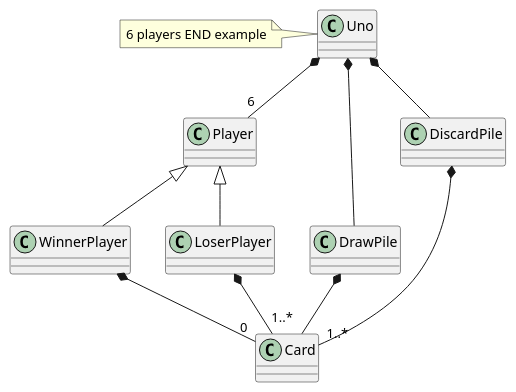
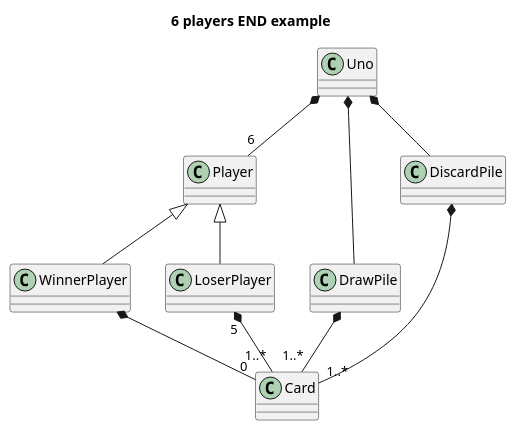
One commit to x-USantaTecla-game-uno/requirements changed the diagram in UNO-DomainModel-Simple-End.puml. Above: the diagram before and after it, drawn with PlantUML. The commit also changed 14 other files, not shown here.

```diff
--- a/UNO-DomainModel-Simple-End.puml
+++ b/UNO-DomainModel-Simple-End.puml
@@ -1,16 +1,17 @@
 @startuml
+
+title 6 players END example
 
 Uno *-- DrawPile
 Uno *-- DiscardPile
 Uno *-- "6" Player
 
-note left of Uno : 6 players END example
+WinnerPlayer -u-|> Player
+WinnerPlayer  *-- "0" Card
+LoserPlayer -u-|> Player
+LoserPlayer "5" *-- "1..*" Card
 
-WinnerPlayer -u-|> Player
-WinnerPlayer *-- "0" Card
-LoserPlayer -u-|> Player
-LoserPlayer *-- "1..*" Card
+DrawPile *-- "1..*" Card
+DiscardPile *-- "1..*" Card
 
-DrawPile *-- Card
-DiscardPile *-- "1..*" Card
 @enduml
```
